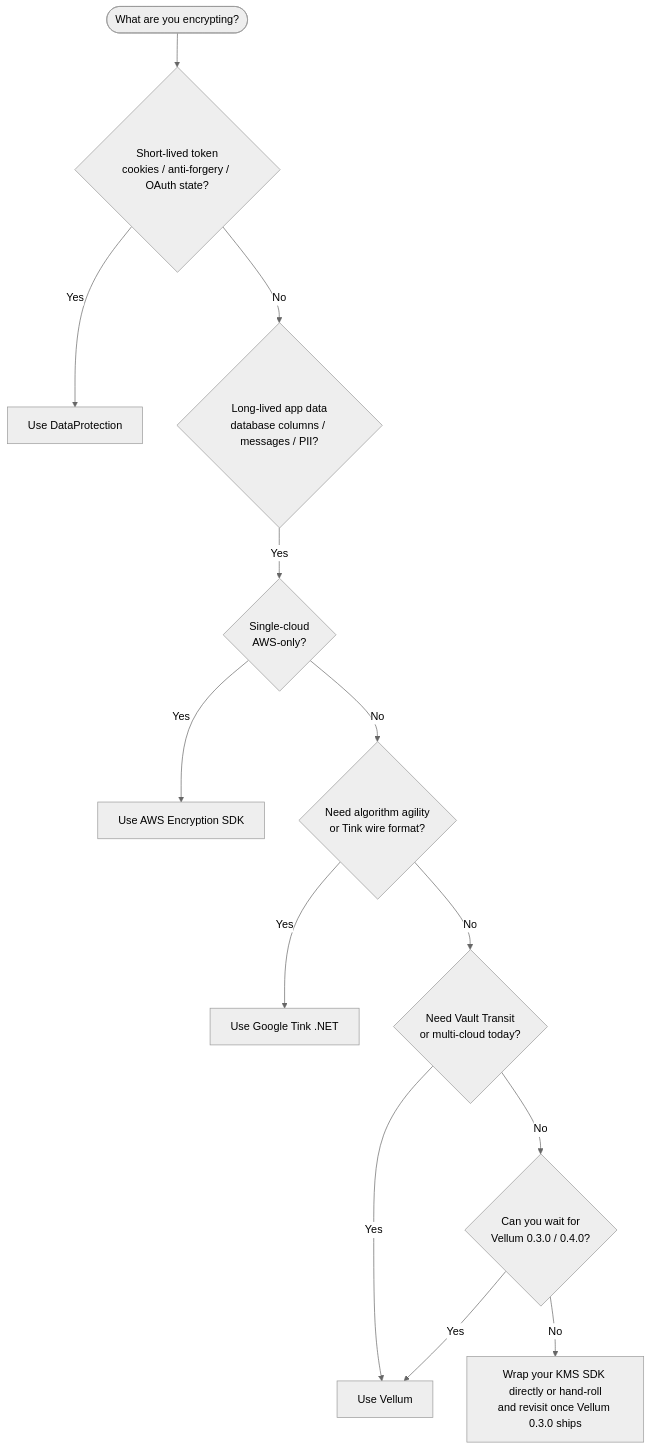
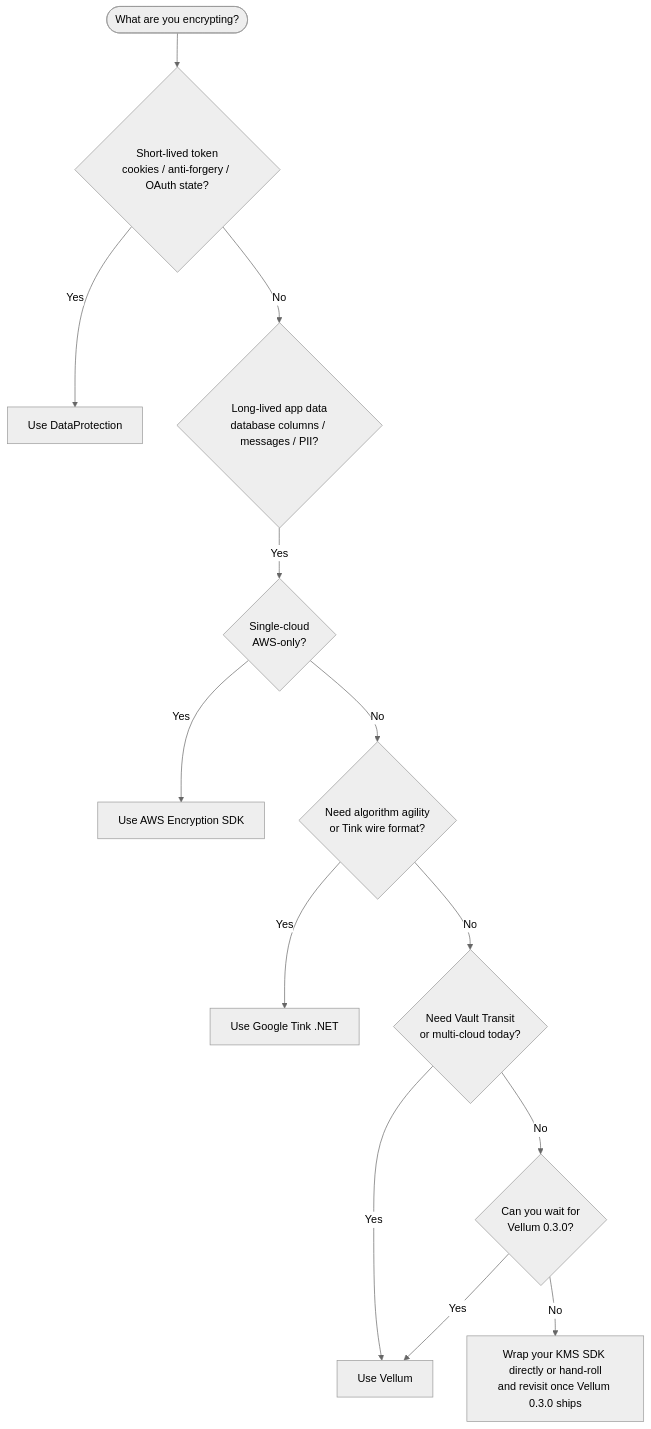
One commit to OkaySire/vellum changed the diagram in docs/comparison.md. Above: the diagram before and after it, drawn with Mermaid (neutral theme). The commit also changed other lines of this file and 12 other files, not shown here.

````diff
--- a/docs/comparison.md
+++ b/docs/comparison.md
@@ -160,16 +159,16 @@
 ```mermaid
 flowchart TD
     START([What are you encrypting?])
     START --> SHORT{Short-lived token<br/>cookies / anti-forgery / OAuth state?}
     SHORT -->|Yes| DP[Use DataProtection]
     SHORT -->|No| LONG{Long-lived app data<br/>database columns / messages / PII?}
     LONG -->|Yes| CLOUD{Single-cloud<br/>AWS-only?}
     CLOUD -->|Yes| AWSSDK[Use AWS Encryption SDK]
     CLOUD -->|No| AGILE{Need algorithm agility<br/>or Tink wire format?}
     AGILE -->|Yes| TINK[Use Google Tink .NET]
     AGILE -->|No| VAULT{Need Vault Transit<br/>or multi-cloud today?}
     VAULT -->|Yes| VELLUM[Use Vellum]
-    VAULT -->|No| WAIT{Can you wait for<br/>Vellum 0.3.0 / 0.4.0?}
+    VAULT -->|No| WAIT{Can you wait for<br/>Vellum 0.3.0?}
     WAIT -->|Yes| VELLUM
     WAIT -->|No| CUSTOM[Wrap your KMS SDK directly or hand-roll<br/>and revisit once Vellum 0.3.0 ships]
 ```
````
